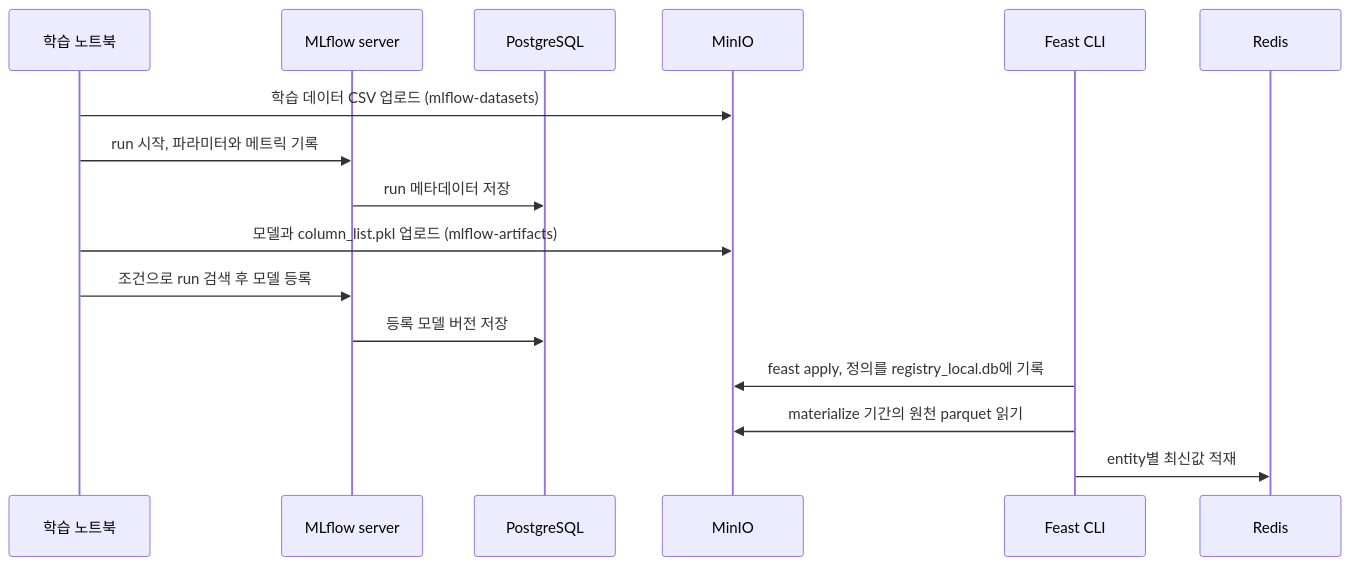
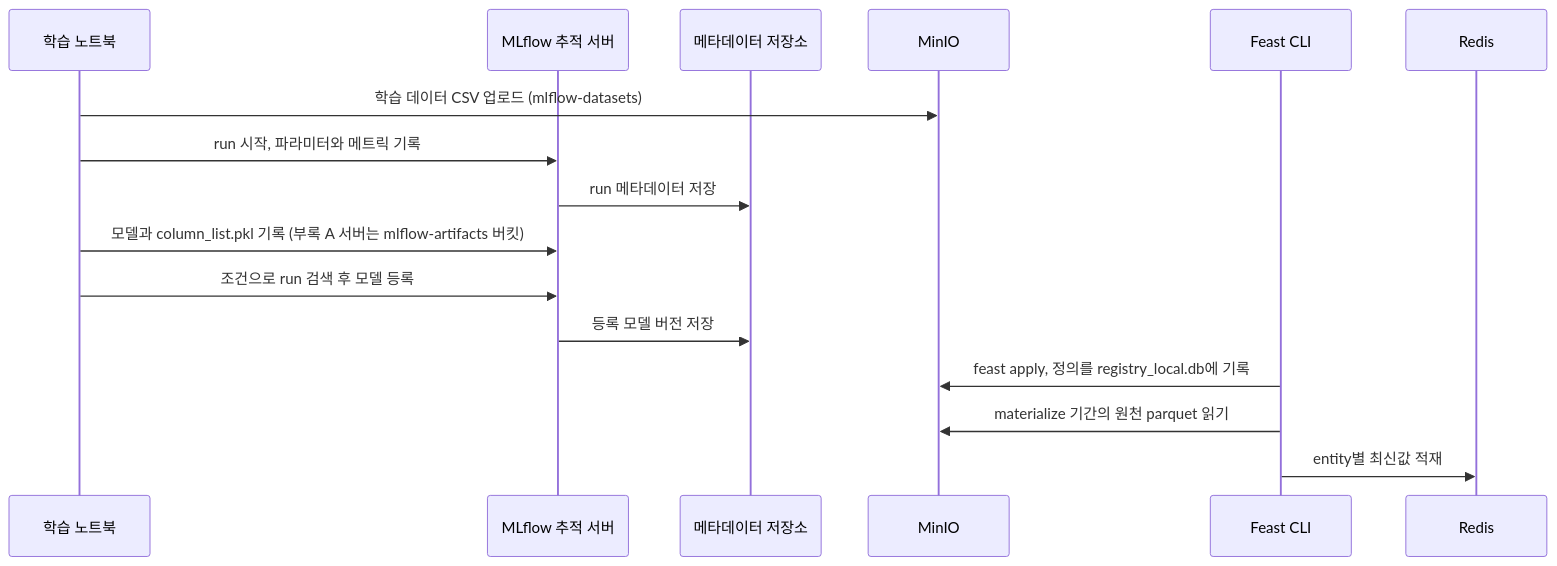
The second of 5 diagrams in content/docs/tech/machine-learning-platform-engineering/04-experiments-features-pipelines.md (johklo/johklo.github.io), drawn with Mermaid before and after one commit. The commit also changed other lines of this file and 144 other files, not shown here.

````diff
--- a/content/docs/tech/machine-learning-platform-engineering/04-experiments-features-pipelines.md
+++ b/content/docs/tech/machine-learning-platform-engineering/04-experiments-features-pipelines.md
@@ -94,20 +118,20 @@
 ```mermaid
 sequenceDiagram
     accTitle: 학습과 피처 등록 시점의 서비스 호출
-    accDescr: 노트북이 데이터와 모델 파일을 MinIO에 올리고 MLflow 서버에 실행 기록과 모델 등록을 요청합니다. Feast CLI는 정의를 MinIO 레지스트리에 기록하고 최신값을 Redis에 적재합니다.
+    accDescr: 노트북이 학습 데이터를 MinIO에 올리고 MLflow 추적 서버에 실행 기록과 모델 등록을 요청합니다. Feast CLI는 정의를 MinIO 레지스트리에 기록하고 최신값을 Redis에 적재합니다.
     participant NB as 학습 노트북
-    participant M as MLflow server
-    participant PG as PostgreSQL
+    participant M as MLflow 추적 서버
+    participant PG as 메타데이터 저장소
     participant S3 as MinIO
     participant F as Feast CLI
     participant R as Redis
     NB->>S3: 학습 데이터 CSV 업로드 (mlflow-datasets)
     NB->>M: run 시작, 파라미터와 메트릭 기록
     M->>PG: run 메타데이터 저장
-    NB->>S3: 모델과 column_list.pkl 업로드 (mlflow-artifacts)
+    NB->>M: 모델과 column_list.pkl 기록 (부록 A 서버는 mlflow-artifacts 버킷)
     NB->>M: 조건으로 run 검색 후 모델 등록
     M->>PG: 등록 모델 버전 저장
     F->>S3: feast apply, 정의를 registry_local.db에 기록
     F->>S3: materialize 기간의 원천 parquet 읽기
     F->>R: entity별 최신값 적재
 ```
````
